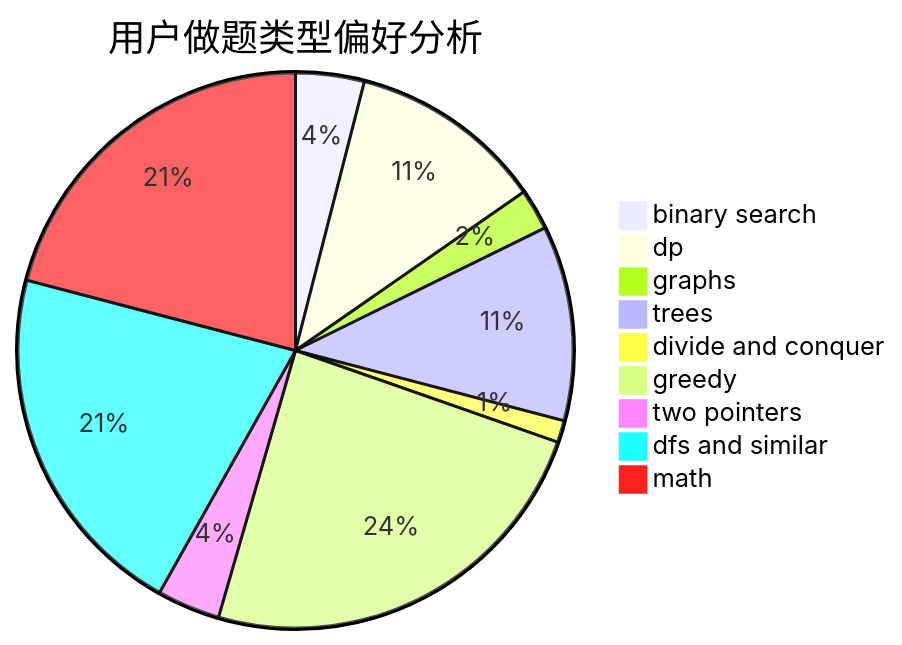
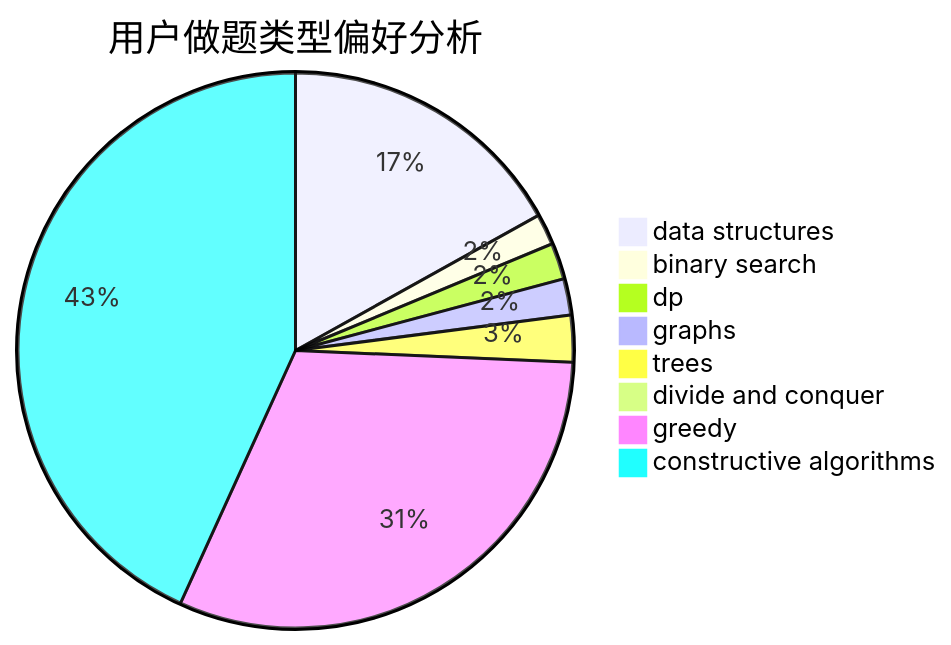
One commit to sherpahu/cfrs.github.io changed the second of 3 diagrams in docs/user/u2651.md. Above: the diagram before and after it, drawn with Mermaid. The commit also changed other lines of this file and 2775 other files, not shown here.

````diff
--- a/docs/user/u2651.md
+++ b/docs/user/u2651.md
@@ -23,12 +23,11 @@
 ```mermaid
 pie title 用户做题类型偏好分析
-    "binary search" :  25
-    "dp" :  71
-    "graphs" :  15
-    "trees" :  71
-    "divide and conquer" :  8
-    "greedy" :  151
-    "two pointers" :  23
-    "dfs and similar" :  131
-    "math" :  131
+    "data structures" :  56
+    "binary search" :  6
+    "dp" :  7
+    "graphs" :  7
+    "trees" :  9
+    "divide and conquer" :  0
+    "greedy" :  103
+    "constructive algorithms" :  143
 ```
````
